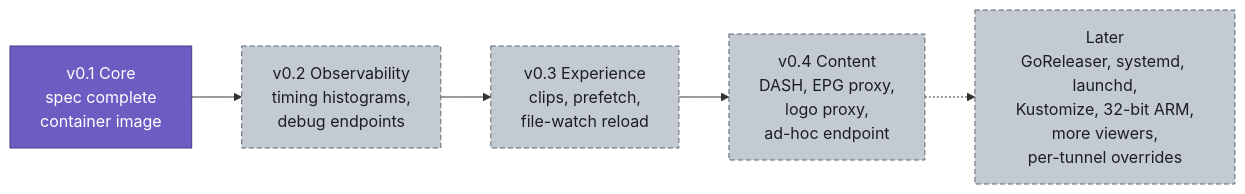
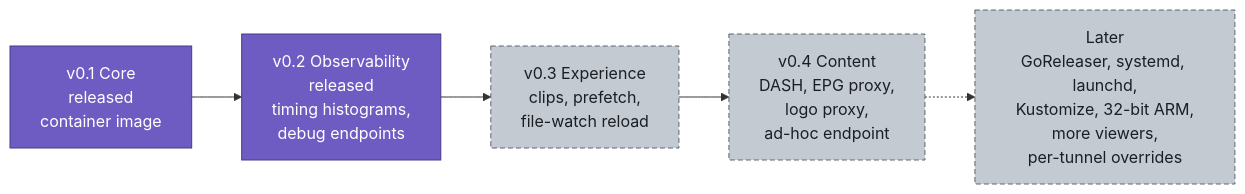
Before and after one commit to KingOfKalk/wg-stream-proxy: diagram 15 of 17 in docs/architecture.md, drawn with Mermaid. The commit also changed other lines of this file and 18 other files, not shown here.

````diff
--- a/docs/architecture.md
+++ b/docs/architecture.md
@@ -870,12 +872,12 @@
 ```mermaid
 flowchart LR
-    v01["v0.1 Core<br/>spec complete<br/>container image"]:::proxy
-    v02["v0.2 Observability<br/>timing histograms,<br/>debug endpoints"]:::later
+    v01["v0.1 Core<br/>released<br/>container image"]:::proxy
+    v02["v0.2 Observability<br/>released<br/>timing histograms,<br/>debug endpoints"]:::proxy
     v03["v0.3 Experience<br/>clips, prefetch,<br/>file-watch reload"]:::later
     v04["v0.4 Content<br/>DASH, EPG proxy,<br/>logo proxy,<br/>ad-hoc endpoint"]:::later
     later["Later<br/>GoReleaser, systemd, launchd,<br/>Kustomize, 32-bit ARM,<br/>more viewers,<br/>per-tunnel overrides"]:::later
     v01 --> v02 --> v03 --> v04 -.-> later
 
     classDef proxy fill:#6f5cc2,stroke:#46398a,color:#ffffff
     classDef later fill:#c3cad2,stroke:#5b6670,color:#1b1f24,stroke-dasharray:5 3
 ```
````
